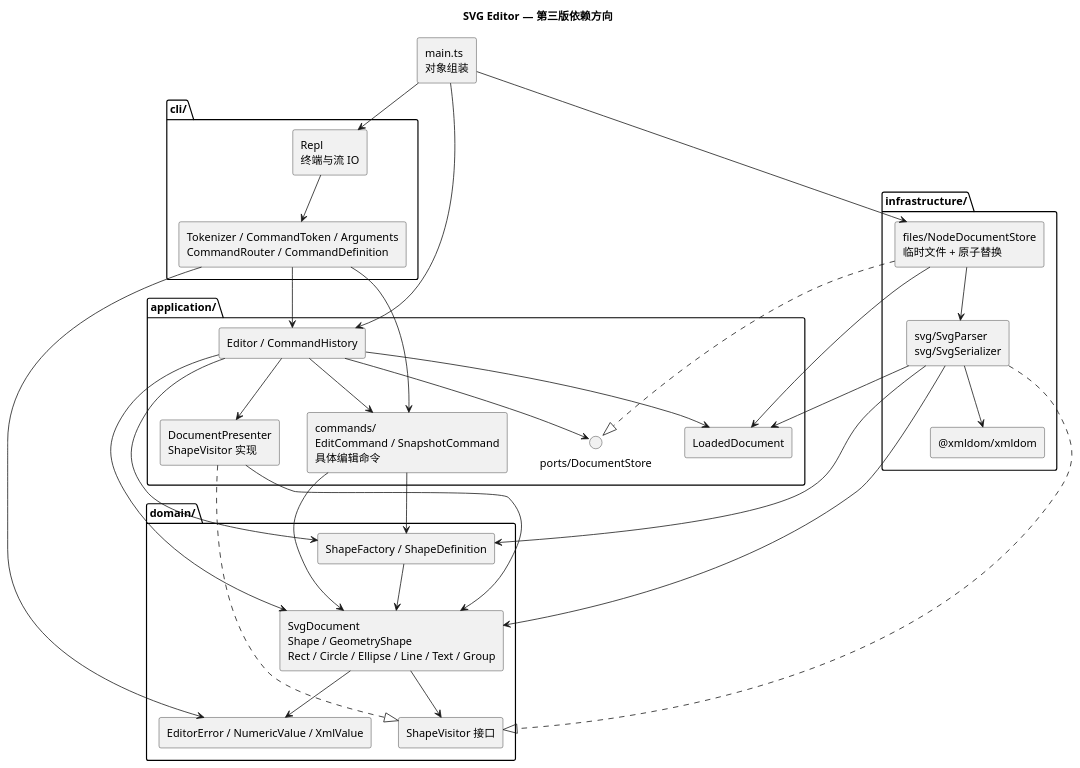
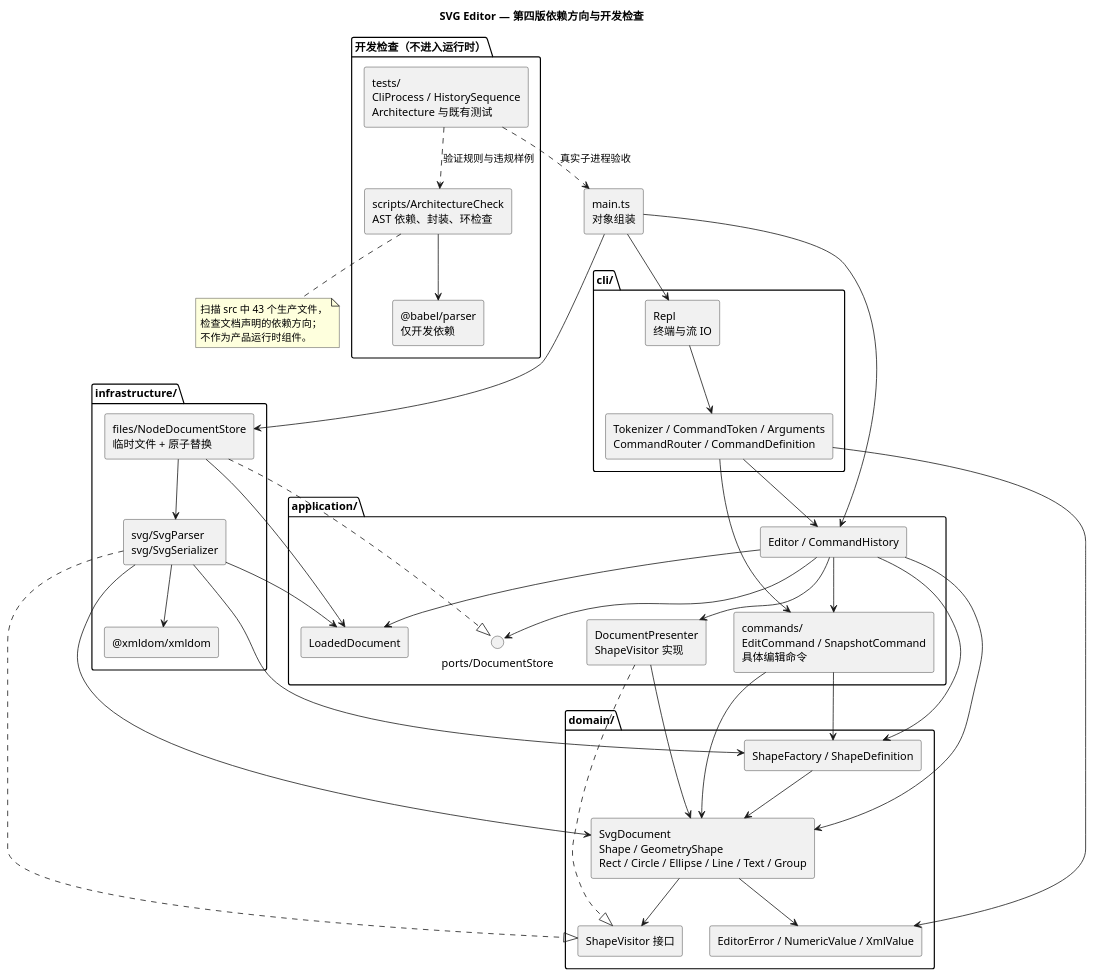
One commit to zjsu957/phase_cli changed the diagram in doc/architecture.puml. Above: the diagram before and after it, drawn with PlantUML. The commit also changed 18 other files, not shown here.

Commit message:
test: add CLI acceptance and architecture checks, fix history and XML round trips

```diff
--- a/doc/architecture.puml
+++ b/doc/architecture.puml
@@ -1,55 +1,68 @@
 @startuml
-title SVG Editor — 第三版依赖方向
+title SVG Editor — 第四版依赖方向与开发检查
 skinparam componentStyle rectangle
 component "main.ts\n对象组装" as Main
 package "cli/" {
   component "Repl\n终端与流 IO" as Repl
   component "Tokenizer / CommandToken / Arguments\nCommandRouter / CommandDefinition" as Cli
 }
 package "application/" {
   component "Editor / CommandHistory" as App
   component "commands/\nEditCommand / SnapshotCommand\n具体编辑命令" as Commands
   component "DocumentPresenter\nShapeVisitor 实现" as Presenter
   interface "ports/DocumentStore" as Store
   component "LoadedDocument" as Loaded
 }
 package "domain/" {
   component "SvgDocument\nShape / GeometryShape\nRect / Circle / Ellipse / Line / Text / Group" as Model
   component "ShapeFactory / ShapeDefinition" as Factory
   component "ShapeVisitor 接口" as Visitor
   component "EditorError / NumericValue / XmlValue" as Values
 }
 package "infrastructure/" {
   component "files/NodeDocumentStore\n临时文件 + 原子替换" as Files
   component "svg/SvgParser\nsvg/SvgSerializer" as Svg
   component "@xmldom/xmldom" as Xml
 }
 Main --> Repl
 Main --> App
 Main --> Files
 Repl --> Cli
 Cli --> App
 Cli --> Commands
 Cli --> Values
 App --> Commands
 App --> Presenter
 App --> Model
 App --> Factory
 App --> Store
 App --> Loaded
 Files ..|> Store
 Files --> Svg
 Files --> Loaded
 Svg --> Factory
 Svg --> Model
 Svg --> Loaded
 Svg --> Xml
 Svg ..|> Visitor
 Commands --> Factory
 Commands --> Model
 Presenter --> Model
 Presenter ..|> Visitor
 Factory --> Model
 Model --> Visitor
 Model --> Values
+package "开发检查（不进入运行时）" {
+  component "scripts/ArchitectureCheck\nAST 依赖、封装、环检查" as Guard
+  component "@babel/parser\n仅开发依赖" as Babel
+  component "tests/\nCliProcess / HistorySequence\nArchitecture 与既有测试" as Tests
+}
+Guard --> Babel
+Tests ..> Guard : 验证规则与违规样例
+Tests ..> Main : 真实子进程验收
+note bottom of Guard
+  扫描 src 中 43 个生产文件，
+  检查文档声明的依赖方向；
+  不作为产品运行时组件。
+end note
 @enduml
```
